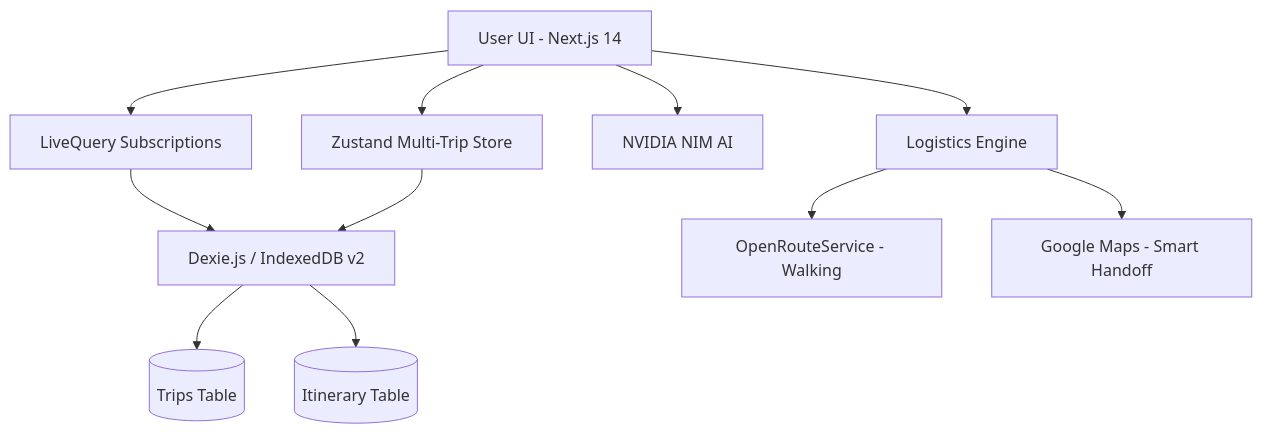
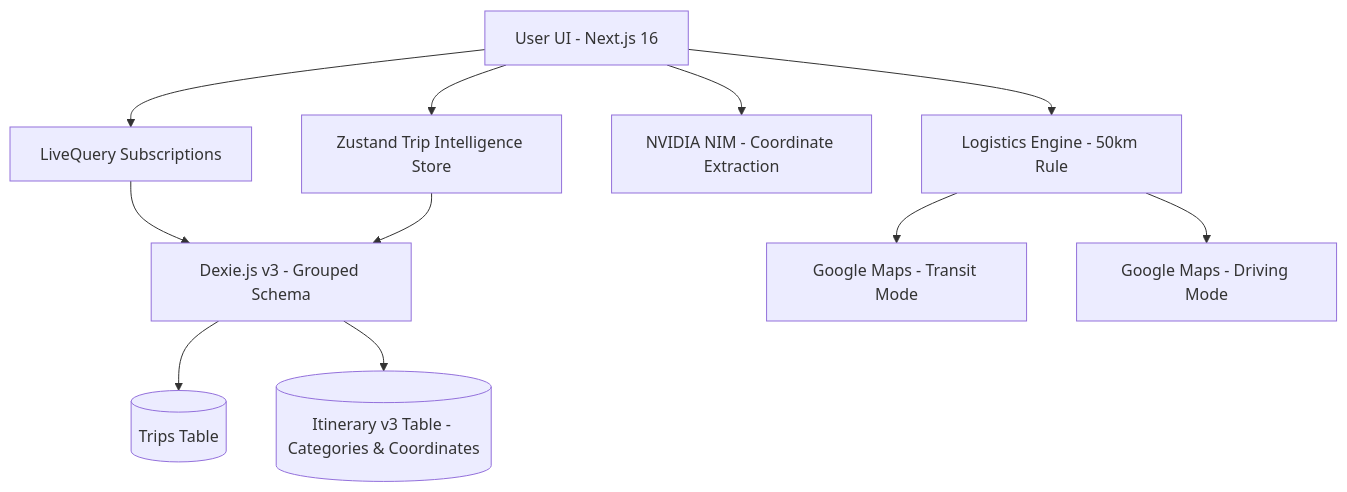
The diagram in README.md (strike007-3000/RouteMate), drawn with Mermaid before and after one commit. The commit also changed other lines of this file and 15 other files, not shown here.

Commit message:
feat: release v2.0.0 - architectural overhaul & minimalist branding

````diff
--- a/README.md
+++ b/README.md
@@ -54,13 +38,13 @@
 ```mermaid
 graph TD
-    A[User UI - Next.js 14] --> B[Zustand Multi-Trip Store]
+    A[User UI - Next.js 16] --> B[Zustand Trip Intelligence Store]
     A --> J[LiveQuery Subscriptions]
-    J --> C[Dexie.js / IndexedDB v2]
+    J --> C[Dexie.js v3 - Grouped Schema]
     B --> C
     C --> D[(Trips Table)]
-    C --> E[(Itinerary Table)]
-    A --> F[NVIDIA NIM AI]
-    A --> G[Logistics Engine]
-    G --> H[OpenRouteService - Walking]
-    G --> I[Google Maps - Smart Handoff]
+    C --> E[(Itinerary v3 Table - Categories & Coordinates)]
+    A --> F[NVIDIA NIM - Coordinate Extraction]
+    A --> G[Logistics Engine - 50km Rule]
+    G --> H[Google Maps - Transit Mode]
+    G --> I[Google Maps - Driving Mode]
 ```
````
